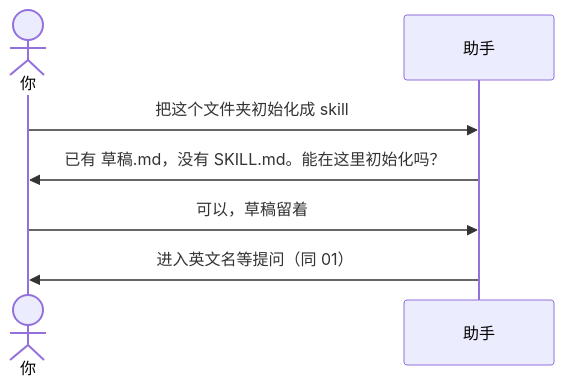
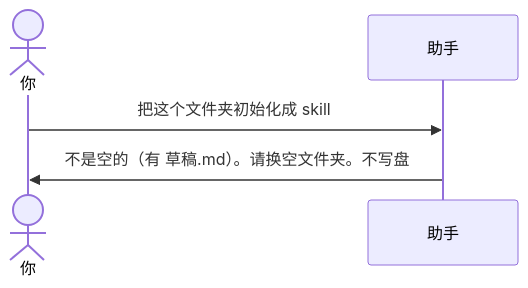
One commit to qiusuo0226/skill-devkit-skill changed the diagram in examples/04-非空目录.md. Above: the diagram before and after it, drawn with Mermaid. The commit also changed other lines of this file and 28 other files, not shown here.

````diff
--- a/examples/04-非空目录.md
+++ b/examples/04-非空目录.md
@@ -11,10 +11,8 @@
 ```mermaid
 sequenceDiagram
     actor You as 你
     participant AI as 助手
 
     You->>AI: 把这个文件夹初始化成 skill
-    AI->>You: 已有 草稿.md，没有 SKILL.md。能在这里初始化吗？
-    You->>AI: 可以，草稿留着
-    AI->>You: 进入英文名等提问（同 01）
+    AI->>You: 不是空的（有 草稿.md）。请换空文件夹。不写盘
 ```
````
